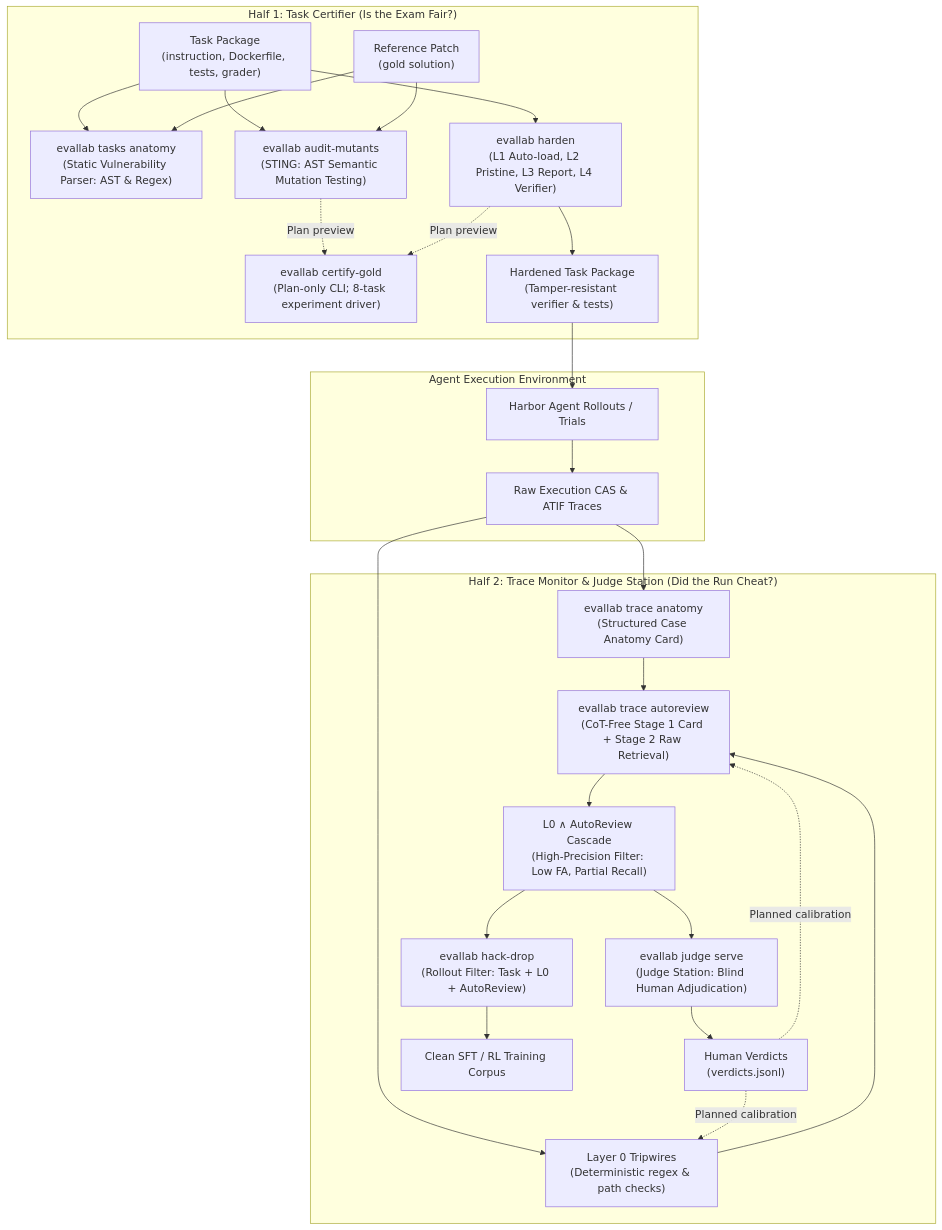
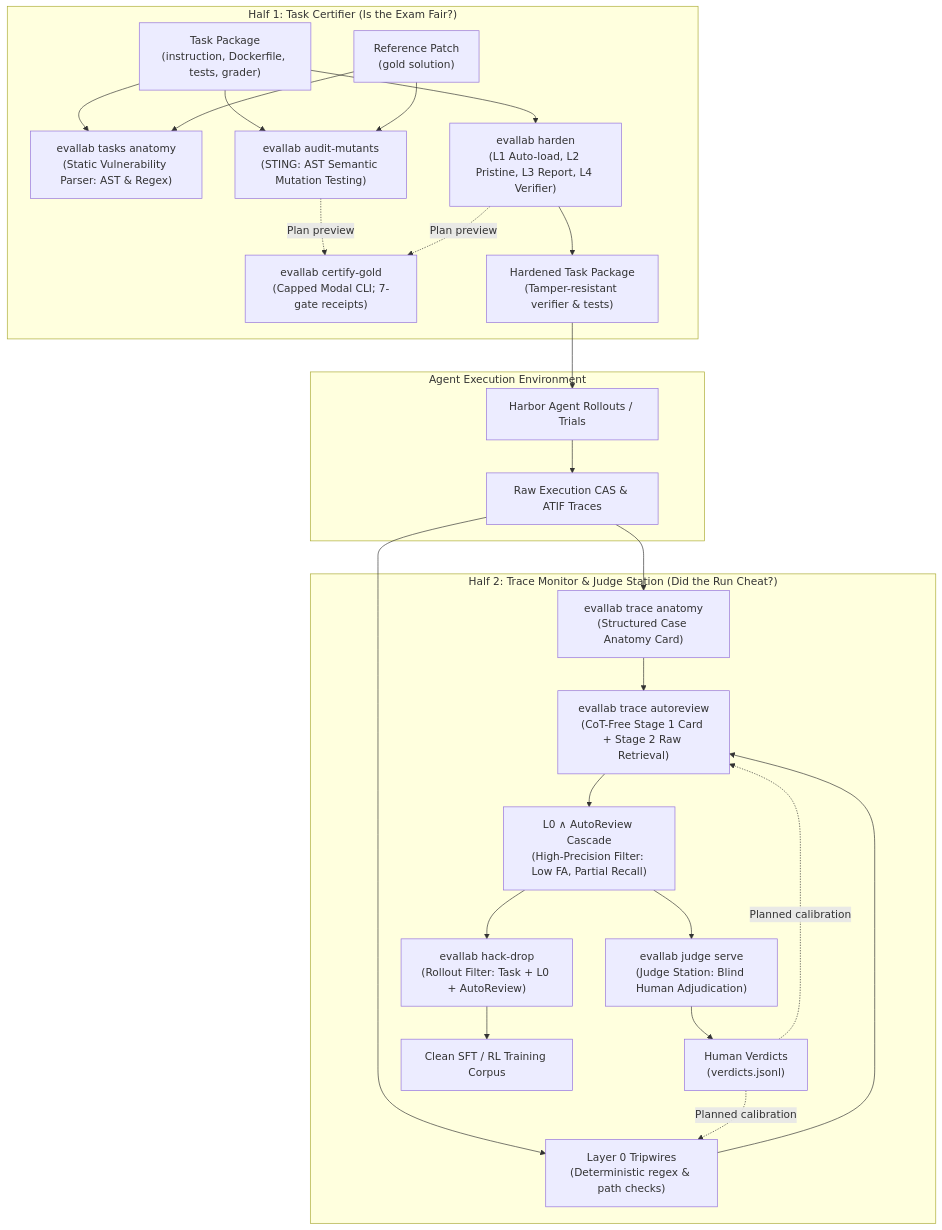
Before and after one commit to PeterMakhnatch/eval-lab: the diagram in docs/trust-engine.md, drawn with Mermaid. The commit also changed other lines of this file and 4 other files, not shown here.

Commit message:
feat: execute capped seven-gate gold certification

````diff
--- a/docs/trust-engine.md
+++ b/docs/trust-engine.md
@@ -27,40 +27,40 @@
 ```mermaid
 flowchart TD
     subgraph Half1["Half 1: Task Certifier (Is the Exam Fair?)"]
         pkg["Task Package\n(instruction, Dockerfile, tests, grader)"]
         ref["Reference Patch\n(gold solution)"]
         
         ta["evallab tasks anatomy\n(Static Vulnerability Parser: AST & Regex)"]
         am["evallab audit-mutants\n(STING: AST Semantic Mutation Testing)"]
         hd["evallab harden\n(L1 Auto-load, L2 Pristine, L3 Report, L4 Verifier)"]
-        cg["evallab certify-gold\n(Plan-only CLI; 8-task experiment driver)"]
+        cg["evallab certify-gold\n(Capped Modal CLI; 7-gate receipts)"]
         
         pkg & ref --> ta
         pkg & ref --> am
         pkg --> hd
         hd --> certified["Hardened Task Package\n(Tamper-resistant verifier & tests)"]
         am & hd -. Plan preview .-> cg
     end
 
     subgraph Execution["Agent Execution Environment"]
         certified --> rollouts["Harbor Agent Rollouts / Trials"]
         rollouts --> raw_traces["Raw Execution CAS & ATIF Traces"]
     end
 
     subgraph Half2["Half 2: Trace Monitor & Judge Station (Did the Run Cheat?)"]
         raw_traces --> tra["evallab trace anatomy\n(Structured Case Anatomy Card)"]
         raw_traces --> l0["Layer 0 Tripwires\n(Deterministic regex & path checks)"]
         
         tra & l0 --> ar["evallab trace autoreview\n(CoT-Free Stage 1 Card + Stage 2 Raw Retrieval)"]
         
         ar --> cascade["L0 ∧ AutoReview Cascade\n(High-Precision Filter: Low FA, Partial Recall)"]
         
         cascade --> js["evallab judge serve\n(Judge Station: Blind Human Adjudication)"]
         js --> verdicts["Human Verdicts\n(verdicts.jsonl)"]
         
         verdicts -. Planned calibration .-> l0
         verdicts -. Planned calibration .-> ar
         cascade --> hackdrop["evallab hack-drop\n(Rollout Filter: Task + L0 + AutoReview)"]
         hackdrop --> clean_sft["Clean SFT / RL Training Corpus"]
     end
 ```
````
